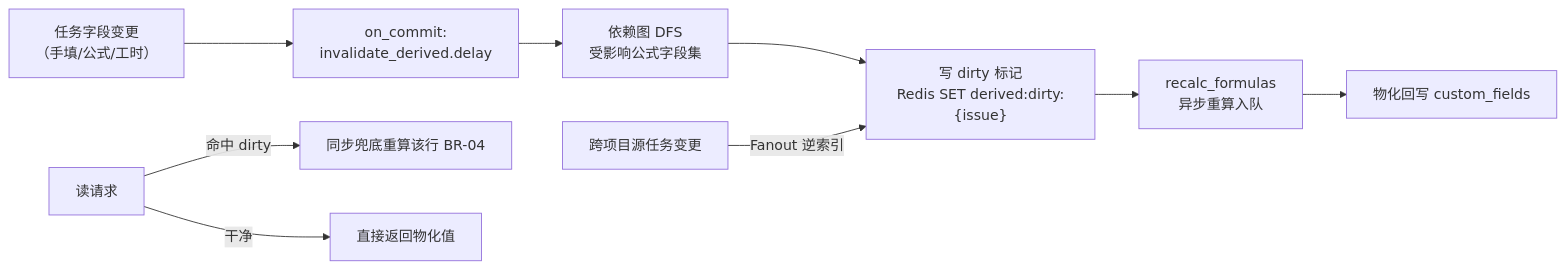
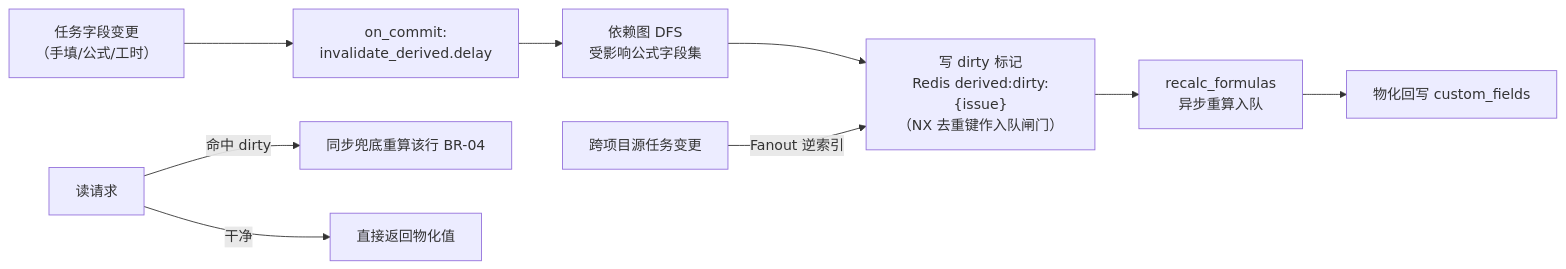
Before and after one commit to RabbitAI-Lab/RabbitProjects: the first of 2 diagrams in docs/sprint-future-p4/TASK-014-formula-fields.md, drawn with Mermaid. The commit also changed other lines of this file and 10 other files, not shown here.

````diff
--- a/docs/sprint-future-p4/TASK-014-formula-fields.md
+++ b/docs/sprint-future-p4/TASK-014-formula-fields.md
@@ -114,11 +117,11 @@
 ```mermaid
 flowchart LR
     CHG["任务字段变更<br/>（手填/公式/工时）"] --> EVT["on_commit:<br/>invalidate_derived.delay"]
     EVT --> DFS["依赖图 DFS<br/>受影响公式字段集"]
-    DFS --> MARK["写 dirty 标记<br/>Redis SET derived:dirty:{issue}"] 
+    DFS --> MARK["写 dirty 标记<br/>Redis derived:dirty:{issue}<br/>（NX 去重键作入队闸门）"]
     MARK --> RECALC["recalc_formulas<br/>异步重算入队"]
     RECALC --> STORE["物化回写 custom_fields"]
     READ["读请求"] -->|命中 dirty| SYNC["同步兜底重算该行 BR-04"]
     READ -->|干净| SERVE["直接返回物化值"]
     SRC["跨项目源任务变更"] -->|Fanout 逆索引| MARK
 ```
````
